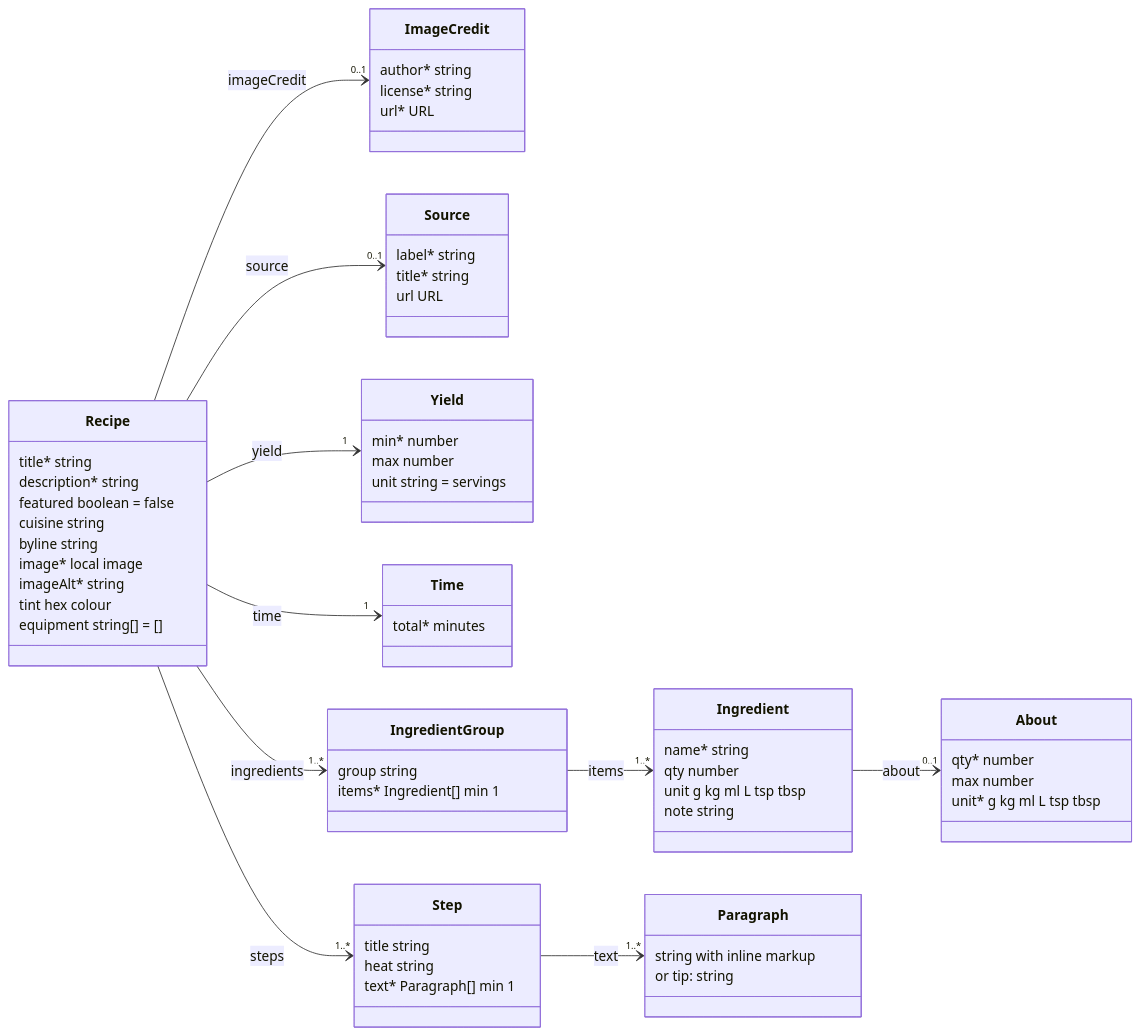
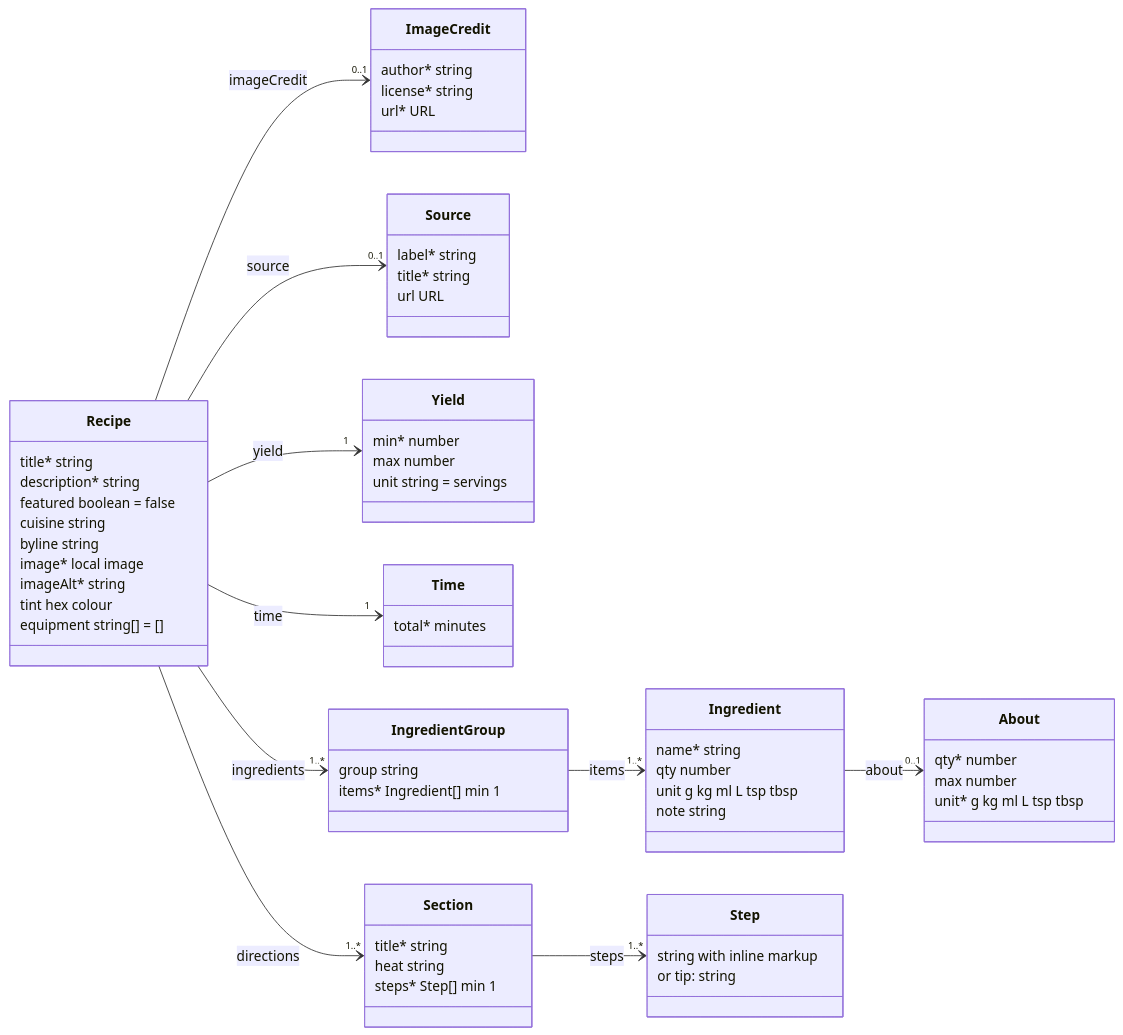
The second of 3 diagrams in docs/recipe-model.md (pschonfeld/soowee), drawn with Mermaid before and after one commit. The commit also changed other lines of this file and 23 other files, not shown here.

First line of the commit message:
Split the method into sections and steps; cook mode moves one step at a time

````diff
--- a/docs/recipe-model.md
+++ b/docs/recipe-model.md
@@ -46,66 +46,66 @@
 ```mermaid
 classDiagram
   direction LR
   class Recipe {
     title* string
     description* string
     featured boolean = false
     cuisine string
     byline string
     image* local image
     imageAlt* string
     tint hex colour
     equipment string[] = []
   }
   class ImageCredit {
     author* string
     license* string
     url* URL
   }
   class Source {
     label* string
     title* string
     url URL
   }
   class Yield {
     min* number
     max number
     unit string = servings
   }
   class Time {
     total* minutes
   }
   class IngredientGroup {
     group string
     items* Ingredient[] min 1
   }
   class Ingredient {
     name* string
     qty number
     unit g kg ml L tsp tbsp
     note string
   }
   class About {
     qty* number
     max number
     unit* g kg ml L tsp tbsp
   }
+  class Section {
+    title* string
+    heat string
+    steps* Step[] min 1
+  }
   class Step {
-    title string
-    heat string
-    text* Paragraph[] min 1
-  }
-  class Paragraph {
     string with inline markup
     or tip: string
   }
   Recipe --> "0..1" ImageCredit : imageCredit
   Recipe --> "0..1" Source : source
   Recipe --> "1" Yield : yield
   Recipe --> "1" Time : time
   Recipe --> "1..*" IngredientGroup : ingredients
   IngredientGroup --> "1..*" Ingredient : items
   Ingredient --> "0..1" About : about
-  Recipe --> "1..*" Step : steps
-  Step --> "1..*" Paragraph : text
+  Recipe --> "1..*" Section : directions
+  Section --> "1..*" Step : steps
 ```
````
